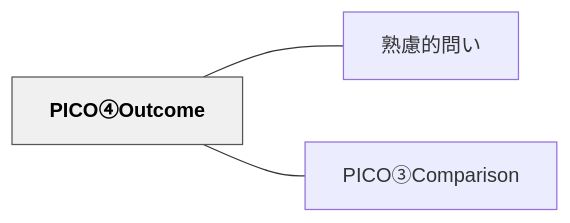
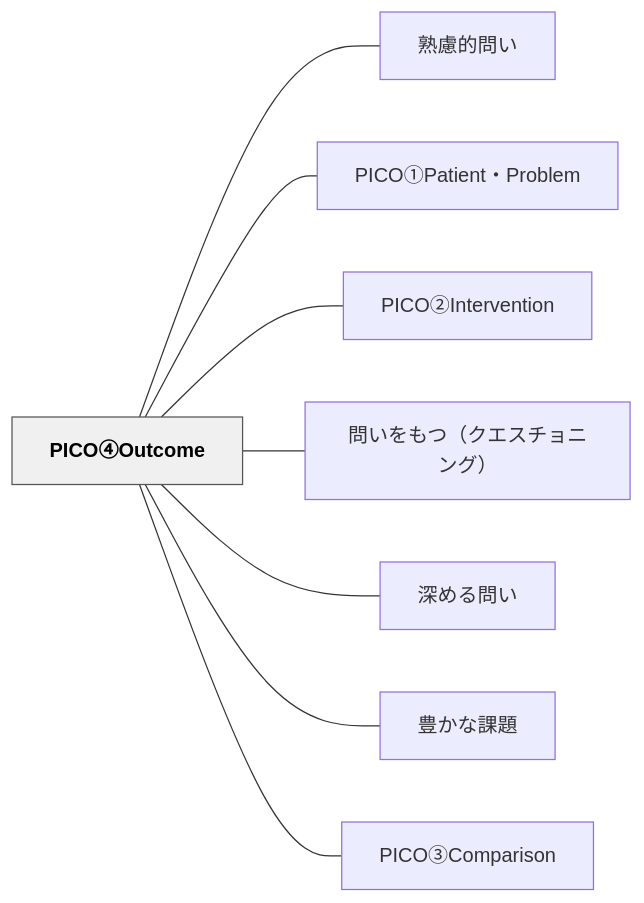
Before and after one commit to unknownthings-ed-patterns/unknownthings-ed-patterns: the diagram in content/パタン/PICO④Outcome.md, drawn with Mermaid. The commit also changed other lines of this file and 38 other files, not shown here.

````diff
--- a/content/パタン/PICO④Outcome.md
+++ b/content/パタン/PICO④Outcome.md
@@ -48,12 +54,22 @@
 ```mermaid
 flowchart LR
     n5049434fe291a34f7574636f6d65["PICO④Outcome"]
     ne7869fe685aee79a84e5958fe38184["熟慮的問い"]
+    n5049434fe291a050617469656e74e383bb50726f626c656d["PICO①Patient・Problem"]
+    n5049434fe291a1496e74657276656e74696f6e["PICO②Intervention"]
+    ne5958fe38184e38292e38282e381a4efbc88e382afe382a8e382b9e38381e383a7e3838be383b3e382b0efbc89["問いをもつ（クエスチョニング）"]
+    ne6b7b1e38281e3828be5958fe38184["深める問い"]
+    ne8b18ae3818be381aae8aab2e9a18c["豊かな課題"]
     n5049434fe291a2436f6d70617269736f6e["PICO③Comparison"]
 
     n5049434fe291a34f7574636f6d65 --- ne7869fe685aee79a84e5958fe38184
+    n5049434fe291a34f7574636f6d65 --- n5049434fe291a050617469656e74e383bb50726f626c656d
+    n5049434fe291a34f7574636f6d65 --- n5049434fe291a1496e74657276656e74696f6e
+    n5049434fe291a34f7574636f6d65 --- ne5958fe38184e38292e38282e381a4efbc88e382afe382a8e382b9e38381e383a7e3838be383b3e382b0efbc89
+    n5049434fe291a34f7574636f6d65 --- ne6b7b1e38281e3828be5958fe38184
+    n5049434fe291a34f7574636f6d65 --- ne8b18ae3818be381aae8aab2e9a18c
     n5049434fe291a34f7574636f6d65 --- n5049434fe291a2436f6d70617269736f6e
 
     classDef hub fill:#f0f0f0,stroke:#555,color:#000,font-weight:bold
     class n5049434fe291a34f7574636f6d65 hub
 ```
````
